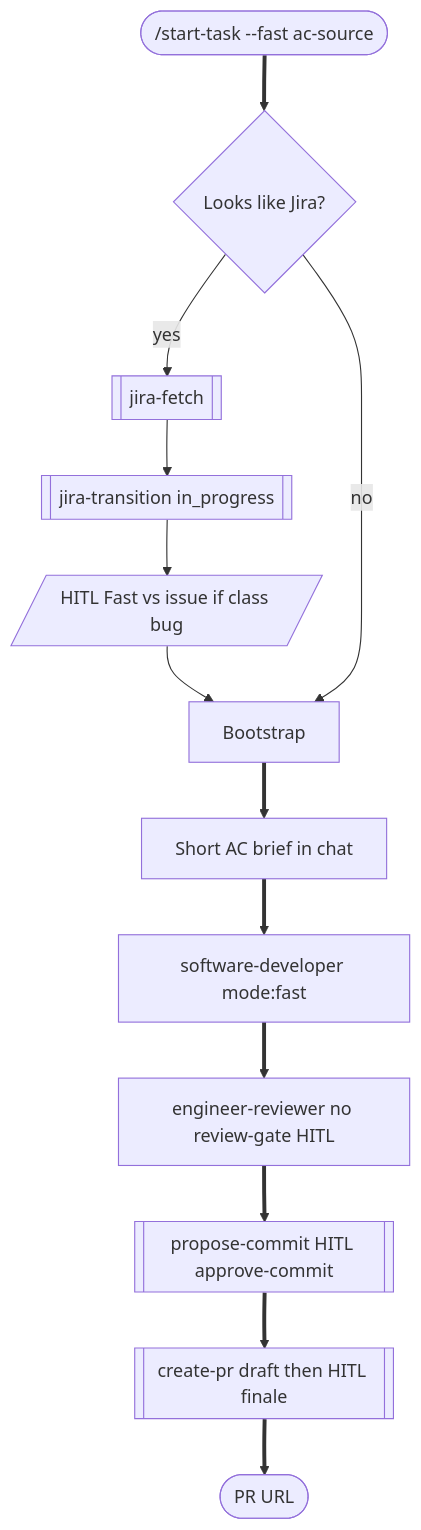
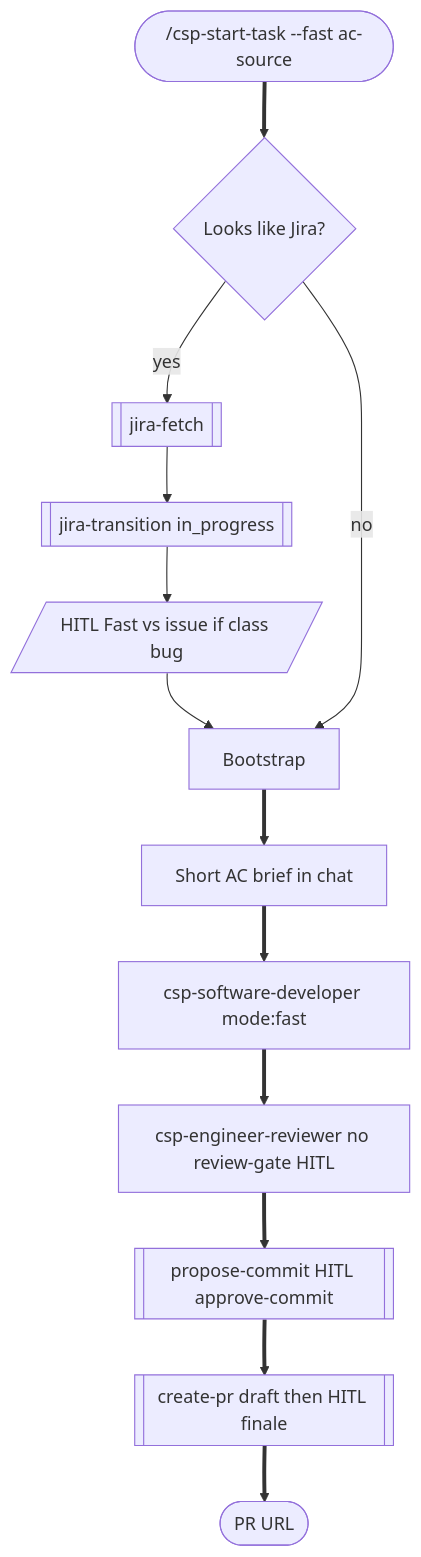
One commit to a-trembak/cursor-spells changed diagram 12 of 14 in docs/superpowers/pipeline-flow.md. Above: the diagram before and after it, drawn with Mermaid. The commit also changed other lines of this file and 228 other files, not shown here.

````diff
--- a/docs/superpowers/pipeline-flow.md
+++ b/docs/superpowers/pipeline-flow.md
@@ -544,20 +544,20 @@
 ```mermaid
 flowchart TD
-  startFast(["/start-task --fast ac-source"])
+  startFast(["/csp-start-task --fast ac-source"])
   looksJira{Looks like Jira?}
   fetch[["jira-fetch"]]
   inProgress[["jira-transition in_progress"]]
   fastVsIssue[/"HITL Fast vs issue if class bug"/]
   boot["Bootstrap"]
   brief["Short AC brief in chat"]
-  exec["software-developer mode:fast"]
-  review["engineer-reviewer no review-gate HITL"]
+  exec["csp-software-developer mode:fast"]
+  review["csp-engineer-reviewer no review-gate HITL"]
   commitNode[["propose-commit HITL approve-commit"]]
   prNode[["create-pr draft then HITL finale"]]
   doneFast(["PR URL"])
 
   startFast ==> looksJira
   looksJira -->|"yes"| fetch --> inProgress --> fastVsIssue --> boot
   looksJira -->|"no"| boot
   boot ==> brief ==> exec ==> review ==> commitNode ==> prNode ==> doneFast
 ```
````
